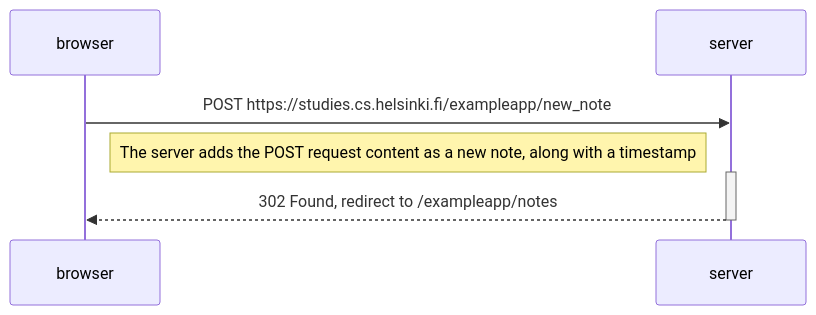
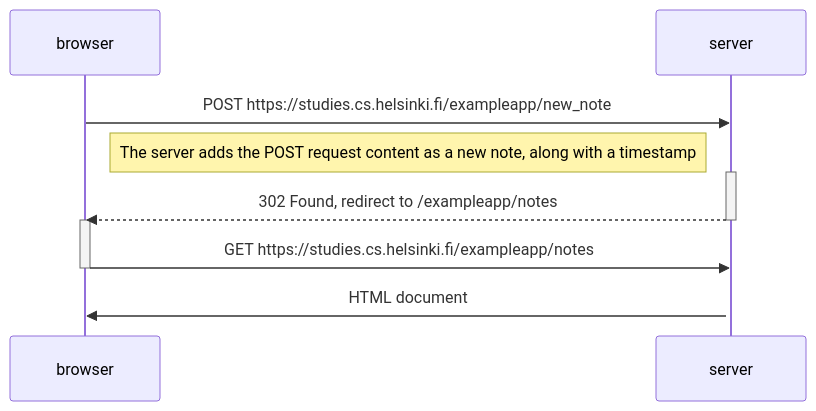
The diagram in osa0/0.4 uusi muistiinpano.md (Willowfang/FullStackOpen), drawn with Mermaid before and after one commit.

Commit message:
Update 0.4 uusi muistiinpano.md

````diff
--- a/osa0/0.4 uusi muistiinpano.md
+++ b/osa0/0.4 uusi muistiinpano.md
@@ -1,12 +1,19 @@
 ```mermaid
 sequenceDiagram
     participant browser
     participant server
 
     browser->>server: POST https://studies.cs.helsinki.fi/exampleapp/new_note
     Note right of browser: The server adds the POST request content as a new note, along with a timestamp
 
     activate server
     server-->>browser: 302 Found, redirect to /exampleapp/notes
     deactivate server
+
+    activate browser
+    browser->>server: GET https://studies.cs.helsinki.fi/exampleapp/notes
+    deactivate browser
+
+    activate server
+    server->>browser: HTML document
 ```
````
